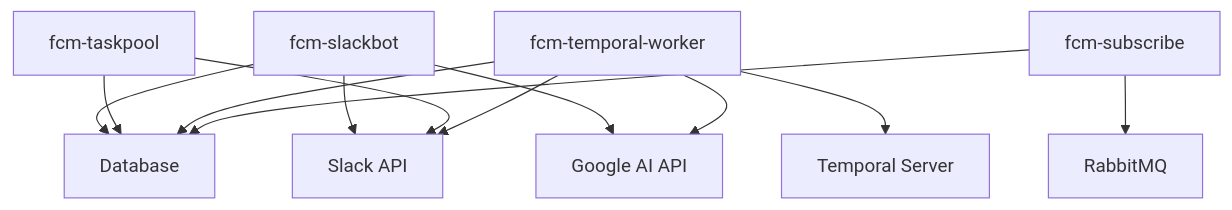
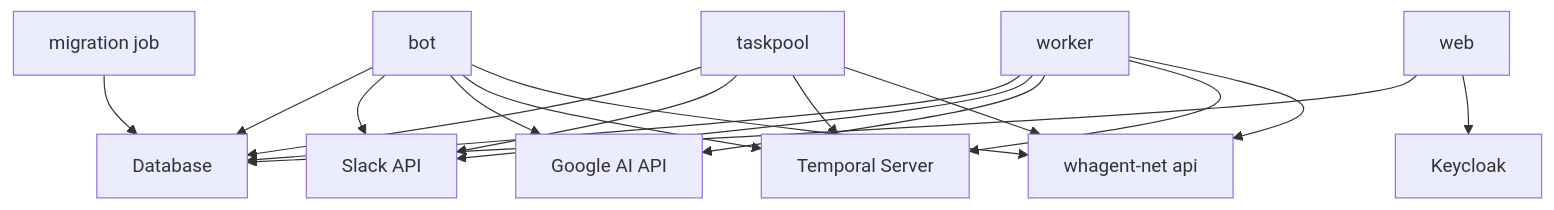
One commit to whale-net/everything changed the diagram in friendly_computing_machine/docs/microservices-architecture.md. Above: the diagram before and after it, drawn with Mermaid. The commit also changed other lines of this file and 10 other files, not shown here.

````diff
--- a/friendly_computing_machine/docs/microservices-architecture.md
+++ b/friendly_computing_machine/docs/microservices-architecture.md
@@ -75,17 +90,24 @@
 ```mermaid
 graph TD
-    A[fcm-slackbot] --> D[Database]
+    A[bot] --> D[Database]
     A --> E[Slack API]
     A --> F[Google AI API]
+    A --> G[Temporal Server]
+    A --> H[whagent-net api]
 
-    B[fcm-taskpool] --> D
+    B[taskpool] --> D
     B --> E
+    B --> G
+    B --> H
 
-    C[fcm-temporal-worker] --> D
-    C --> G[Temporal Server]
+    C[worker] --> D
     C --> E
     C --> F
+    C --> G
+    C --> H
 
-    H[fcm-subscribe] --> D
-    H --> I[RabbitMQ]
+    I[web] --> D
+    I --> J[Keycloak]
+
+    K[migration job] --> D
 ```
````
